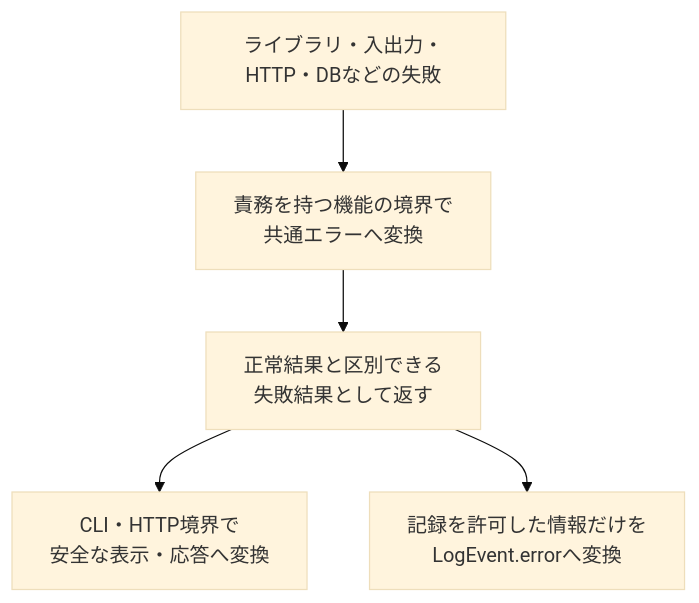
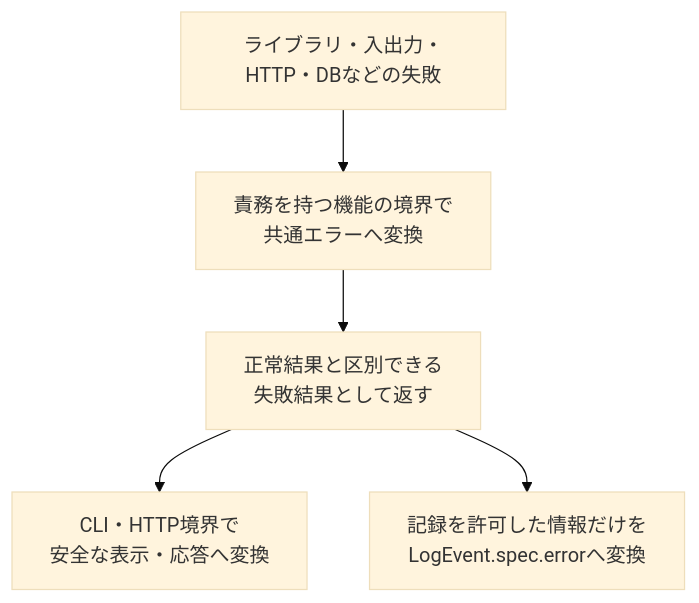
One commit to takashit16833/RAGScope changed the diagram in project-docs/design/エラー設計.md. Above: the diagram before and after it, drawn with Mermaid (base theme). The commit also changed other lines of this file and 2 other files, not shown here.

````diff
--- a/project-docs/design/エラー設計.md
+++ b/project-docs/design/エラー設計.md
@@ -58,12 +58,12 @@
 ```mermaid
 flowchart TD
     Failure["ライブラリ・入出力・HTTP・DBなどの失敗"]
     Convert["責務を持つ機能の境界で<br>共通エラーへ変換"]
     Result["正常結果と区別できる<br>失敗結果として返す"]
     Interface["CLI・HTTP境界で<br>安全な表示・応答へ変換"]
-    Log["記録を許可した情報だけを<br>LogEvent.errorへ変換"]
+    Log["記録を許可した情報だけを<br>LogEvent.spec.errorへ変換"]
 
     Failure --> Convert --> Result
     Result --> Interface
     Result --> Log
 ```
````
